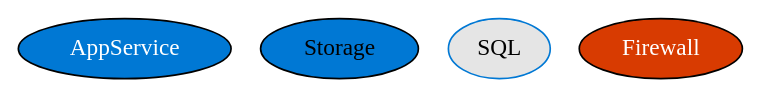
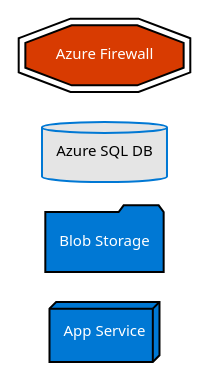
One commit to andikatjacobdennis/graphviz-tutorial changed the first of 6 diagrams in 3-advanced-techniques/styling-guide.md. Above: the diagram before and after it, drawn with Graphviz. The commit also changed other lines of this file and 6 other files, not shown here.

````diff
--- a/3-advanced-techniques/styling-guide.md
+++ b/3-advanced-techniques/styling-guide.md
@@ -7,13 +7,23 @@
 ```dot
 digraph BrandColors {
-    // Azure Blue
-    AppService [fillcolor="#0078D4", style=filled, fontcolor=white];
-    
-    // Complementary Colors
-    Storage [fillcolor="#0078D4", gradientangle=270, style="filled,radial"];
-    SQL [fillcolor="#E5E5E5", color="#0078D4", style=filled];
-    
-    // Security Elements
-    Firewall [fillcolor="#D83B01", style=filled, fontcolor=white];
+    rankdir=LR;
+    splines=ortho;
+
+    // Global styling
+    graph [fontname="Segoe UI", fontsize=10];
+    node  [fontname="Segoe UI", fontsize=9, penwidth=1.2];
+    edge  [fontname="Segoe UI", fontsize=8, penwidth=1.0, color="#505050", fontcolor="black"];
+
+    // App Service - Azure Blue
+    AppService [label="App Service", shape=box3d, style=filled, fillcolor="#0078D4", fontcolor=white];
+
+    // Storage with Azure brand blue gradient
+    Storage [label="Blob Storage", shape=folder, style="filled,radial", fillcolor="#0078D4", gradientangle=270, fontcolor=white];
+
+    // SQL DB with official light fill and border
+    SQL [label="Azure SQL DB", shape=cylinder, style=filled, fillcolor="#E5E5E5", color="#0078D4", fontcolor=black];
+
+    // Azure Firewall - Security red
+    Firewall [label="Azure Firewall", shape=doubleoctagon, style=filled, fillcolor="#D83B01", fontcolor=white];
 }
 ```  
````
